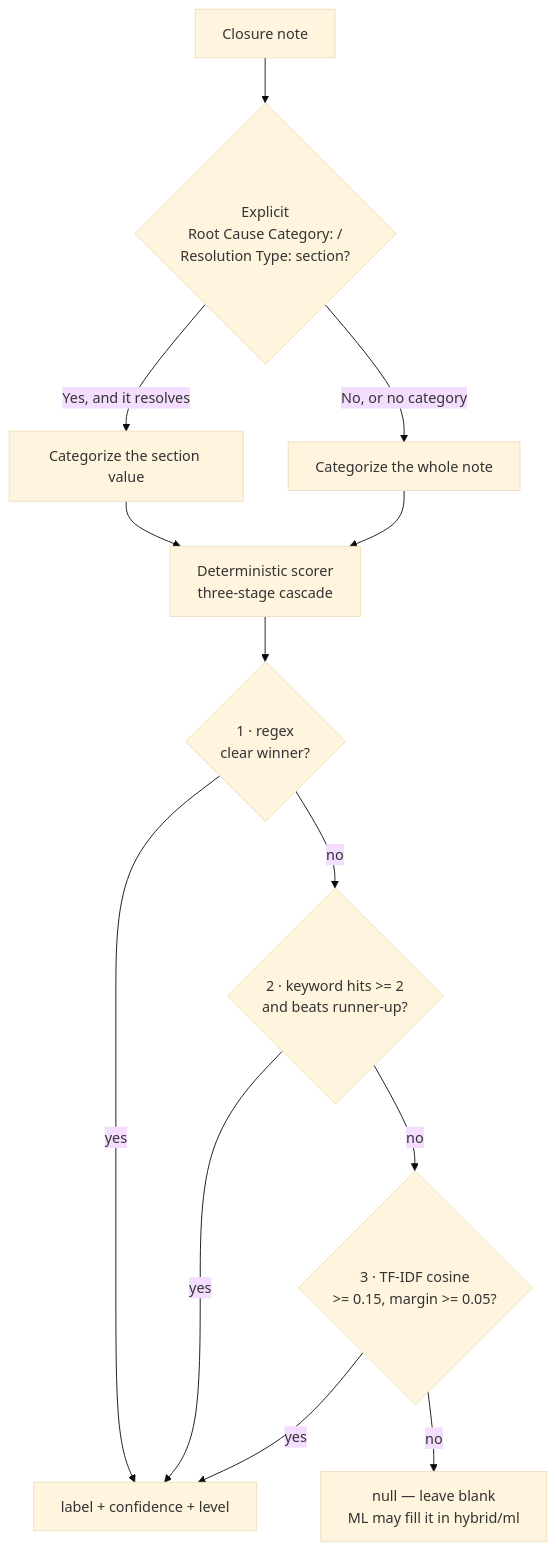
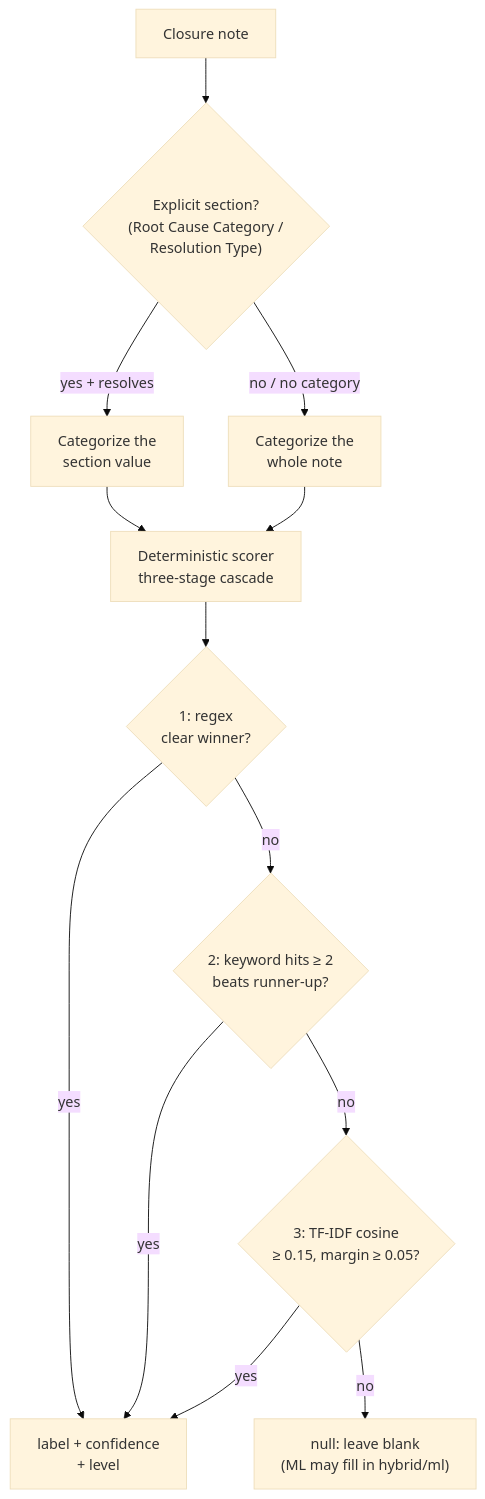
Before and after one commit to Abbas-Nagoor-Kani-BA/Autonomous-Reports-Engine: the diagram in wiki/Classification.md, drawn with Mermaid (base theme). The commit also changed 1 other file, not shown here.

Commit message:
docs(wiki): correct classification examples and fix Mermaid label cut-off
Examples re-validated against core/msrcategorize.ts + core/aiextract.ts:
- Stage 1 example uses a contiguous 'port blocked' phrase (regex needs adjacency).
- Stage 2 example uses a genuine keyword-only case (Amadeus + SITA, 2 hints, no
  regex phrase) instead of one that regex would decide first.
- End-to-end B/C/D rewritten to phrases the scorer actually matches (contiguous
  'access denied'; single negated 'network'; 'replaced' -> Permanent).
- Typo-header example uses a colon, which captureFrom requires.
Fix Mermaid word cut-off by quoting all node/edge labels and using &ge; entities
in both the algorithm page and the Classification cascade diagram.

````diff
--- a/wiki/Classification.md
+++ b/wiki/Classification.md
@@ -12,15 +12,15 @@
 ```mermaid
 flowchart TD
-    N[Closure note] --> L{Explicit<br/>Root Cause Category: /<br/>Resolution Type: section?}
-    L -->|Yes, and it resolves| S[Categorize the section value]
-    L -->|No, or no category| W[Categorize the whole note]
+    N["Closure note"] --> L{"Explicit section?<br/>(Root Cause Category /<br/>Resolution Type)"}
+    L -->|"yes + resolves"| S["Categorize the<br/>section value"]
+    L -->|"no / no category"| W["Categorize the<br/>whole note"]
     S --> D
-    W --> D[Deterministic scorer<br/>three-stage cascade]
-    D --> R{1 · regex<br/>clear winner?}
-    R -->|yes| OUT[label + confidence + level]
-    R -->|no| K{2 · keyword hits >= 2<br/>and beats runner-up?}
-    K -->|yes| OUT
-    K -->|no| C{3 · TF-IDF cosine<br/>>= 0.15, margin >= 0.05?}
-    C -->|yes| OUT
-    C -->|no| NULL[null — leave blank<br/>ML may fill it in hybrid/ml]
+    W --> D["Deterministic scorer<br/>three-stage cascade"]
+    D --> R{"1: regex<br/>clear winner?"}
+    R -->|"yes"| OUT["label + confidence<br/>+ level"]
+    R -->|"no"| K{"2: keyword hits &ge; 2<br/>beats runner-up?"}
+    K -->|"yes"| OUT
+    K -->|"no"| C{"3: TF-IDF cosine<br/>&ge; 0.15, margin &ge; 0.05?"}
+    C -->|"yes"| OUT
+    C -->|"no"| NULL["null: leave blank<br/>(ML may fill in hybrid/ml)"]
 ```
````
